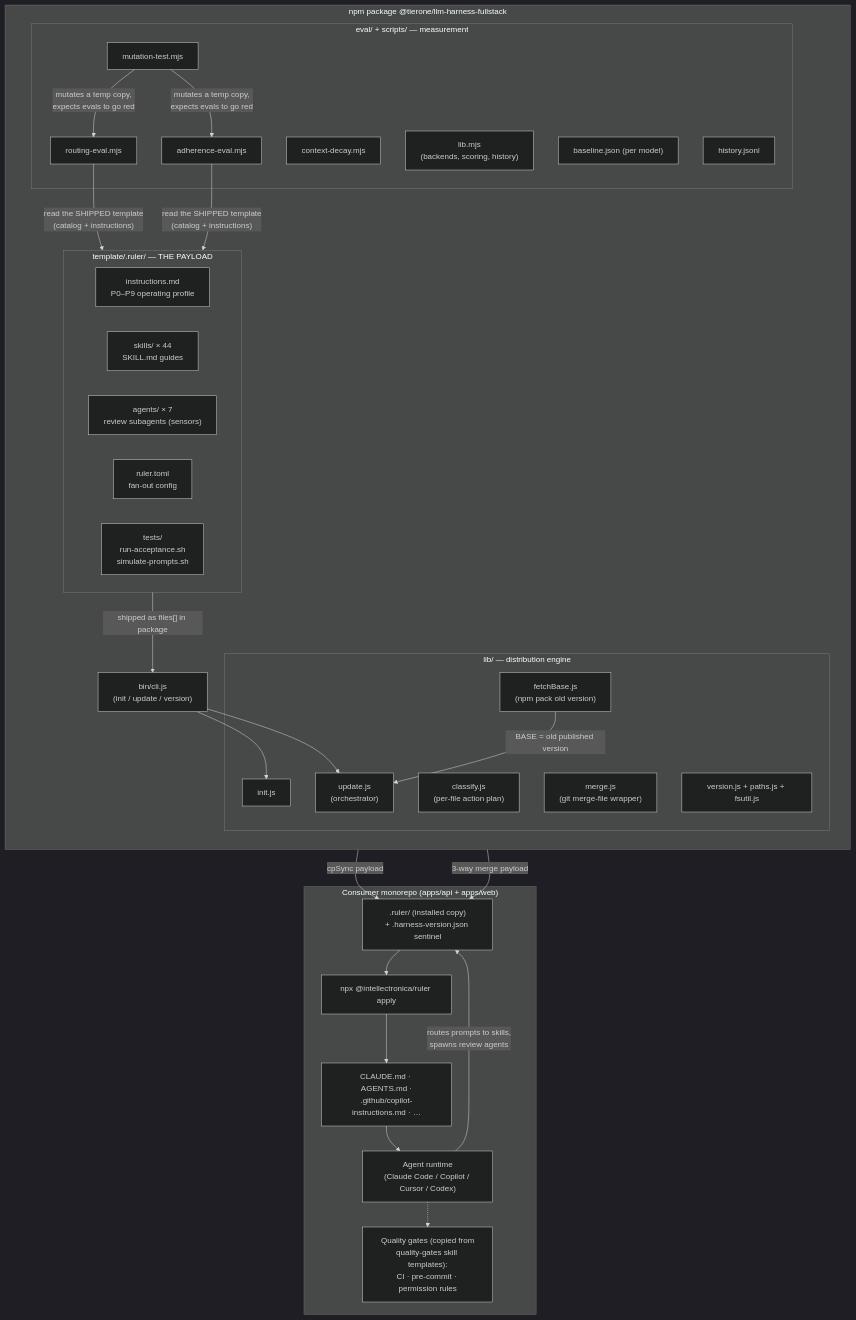
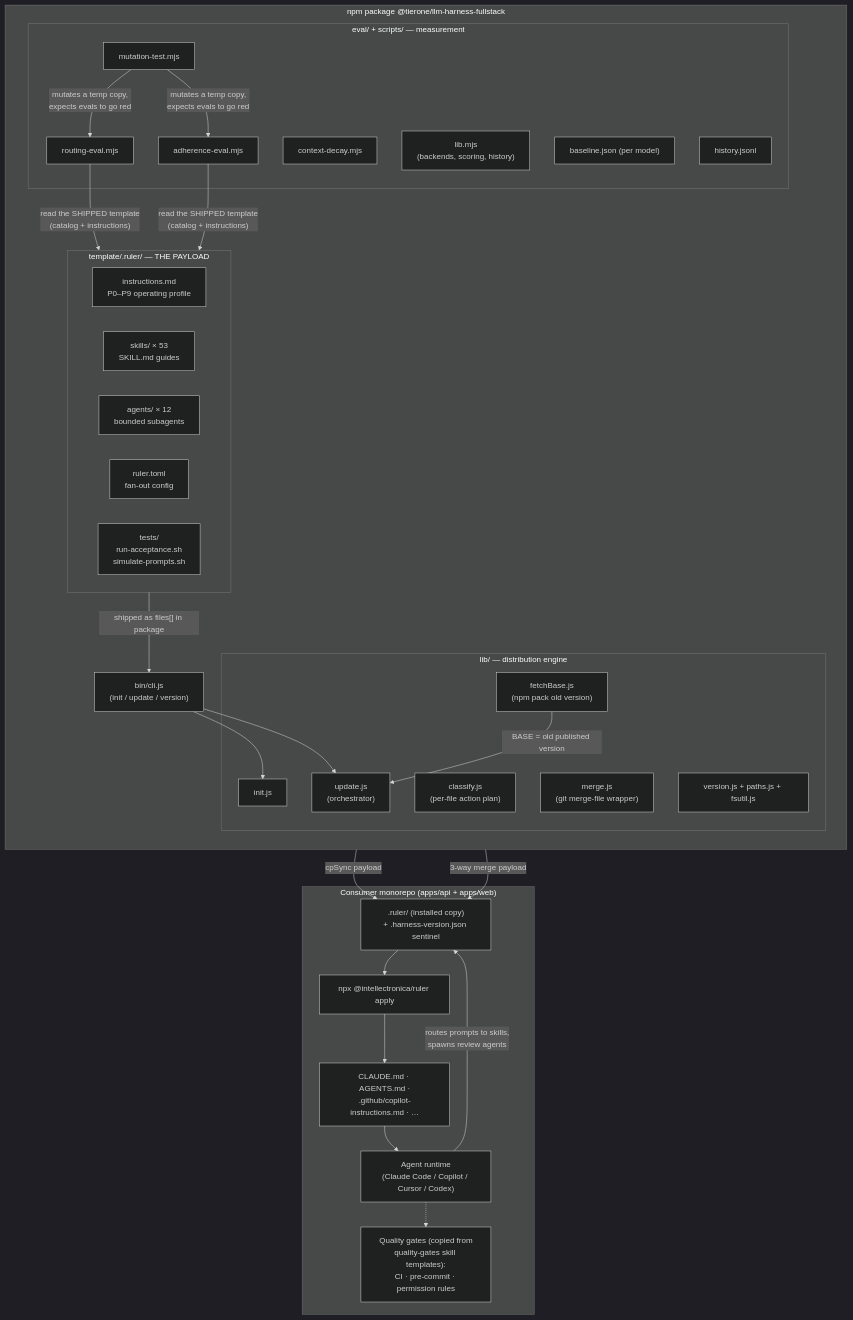
Before and after one commit to TierOne-Studio/llm-harness-fullstack: the first of 10 diagrams in docs/ARCHITECTURE.md, drawn with Mermaid (dark theme). The commit also changed other lines of this file and 6 other files, not shown here.

````diff
--- a/docs/ARCHITECTURE.md
+++ b/docs/ARCHITECTURE.md
@@ -27,50 +27,50 @@
 ```mermaid
 flowchart TB
     subgraph PKG["npm package @tierone/llm-harness-fullstack"]
         direction TB
         CLI["bin/cli.js<br/>(init / update / version)"]
         subgraph LIB["lib/ — distribution engine"]
             INIT["init.js"]
             UPD["update.js<br/>(orchestrator)"]
             CLS["classify.js<br/>(per-file action plan)"]
             MRG["merge.js<br/>(git merge-file wrapper)"]
             FB["fetchBase.js<br/>(npm pack old version)"]
             VER["version.js + paths.js + fsutil.js"]
         end
         subgraph TPL["template/.ruler/ — THE PAYLOAD"]
             INSTR["instructions.md<br/>P0–P9 operating profile"]
-            SKILLS["skills/ × 44<br/>SKILL.md guides"]
-            AGENTS["agents/ × 7<br/>review subagents (sensors)"]
+            SKILLS["skills/ × 53<br/>SKILL.md guides"]
+            AGENTS["agents/ × 12<br/>bounded subagents"]
             TOML["ruler.toml<br/>fan-out config"]
             TESTS["tests/<br/>run-acceptance.sh<br/>simulate-prompts.sh"]
         end
         subgraph EVAL["eval/ + scripts/ — measurement"]
             REVAL["routing-eval.mjs"]
             AEVAL["adherence-eval.mjs"]
             MUT["mutation-test.mjs"]
             DECAY["context-decay.mjs"]
             ELIB["lib.mjs<br/>(backends, scoring, history)"]
             BASE["baseline.json (per model)"]
             HIST["history.jsonl"]
         end
     end
 
     subgraph CONSUMER["Consumer monorepo (apps/api + apps/web)"]
         RULER[".ruler/ (installed copy)<br/>+ .harness-version.json sentinel"]
         RULERTOOL["npx @intellectronica/ruler apply"]
         OUT["CLAUDE.md · AGENTS.md ·<br/>.github/copilot-instructions.md · …"]
         AGENTRT["Agent runtime<br/>(Claude Code / Copilot / Cursor / Codex)"]
         GATES["Quality gates (copied from<br/>quality-gates skill templates):<br/>CI · pre-commit · permission rules"]
     end
 
     CLI --> INIT & UPD
     INIT -- "cpSync payload" --> RULER
     UPD -- "3-way merge payload" --> RULER
     FB -- "BASE = old published version" --> UPD
     TPL -- "shipped as files[] in package" --> CLI
     REVAL & AEVAL -- "read the SHIPPED template<br/>(catalog + instructions)" --> TPL
     MUT -- "mutates a temp copy,<br/>expects evals to go red" --> REVAL & AEVAL
     RULER --> RULERTOOL --> OUT --> AGENTRT
     AGENTRT -- "routes prompts to skills,<br/>spawns review agents" --> RULER
     AGENTRT -.-> GATES
 ```
````
